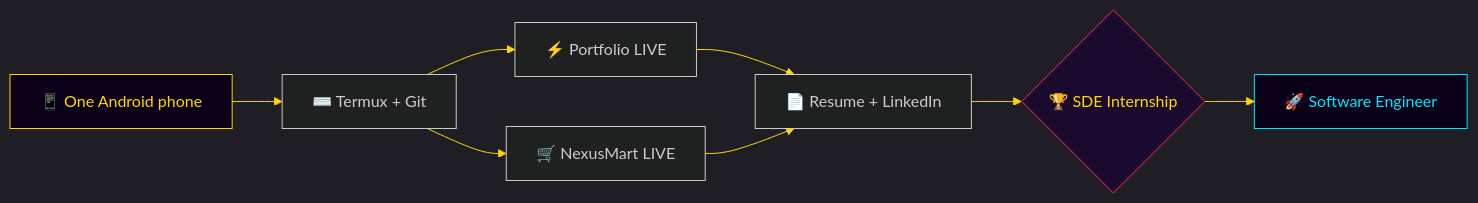
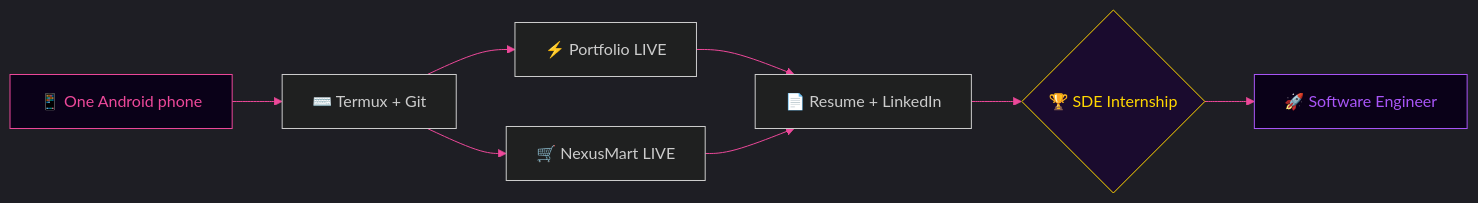
Before and after one commit to Manashjyoti-Bora/Manashjyotibora122: the second of 3 diagrams in README.md, drawn with Mermaid. The commit also changed other lines of this file, not shown here.

````diff
--- a/README.md
+++ b/README.md
@@ -197,14 +275,14 @@
 ```mermaid
-%%{init: {'theme':'dark','themeVariables':{'primaryColor':'#8b5cf6','primaryTextColor':'#fff','lineColor':'#ffd700'}}}%%
+%%{init: {'theme':'dark','themeVariables':{'primaryColor':'#a855f7','primaryTextColor':'#fff','lineColor':'#ec4899'}}}%%
 flowchart LR
     A["📱 One Android phone"] --> B["⌨️ Termux + Git"]
     B --> C["⚡ Portfolio LIVE"]
     B --> D["🛒 NexusMart LIVE"]
     C --> E["📄 Resume + LinkedIn"]
     D --> E
     E --> F{"🏆 SDE Internship"}
     F --> G["🚀 Software Engineer"]
-    style A fill:#0a0118,stroke:#ffd700,color:#ffd700
-    style F fill:#1a0b2e,stroke:#ff2d55,color:#ffd700
-    style G fill:#0a0118,stroke:#00e5ff,color:#00e5ff
+    style A fill:#0a0118,stroke:#ec4899,color:#ec4899
+    style F fill:#1a0b2e,stroke:#ffd700,color:#ffd700
+    style G fill:#0a0118,stroke:#a855f7,color:#a855f7
 ```
````
